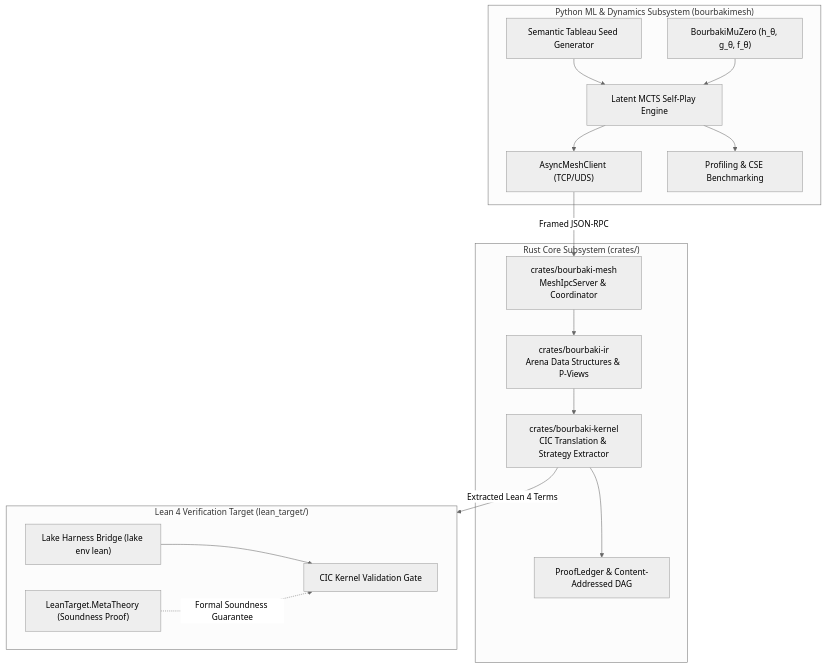
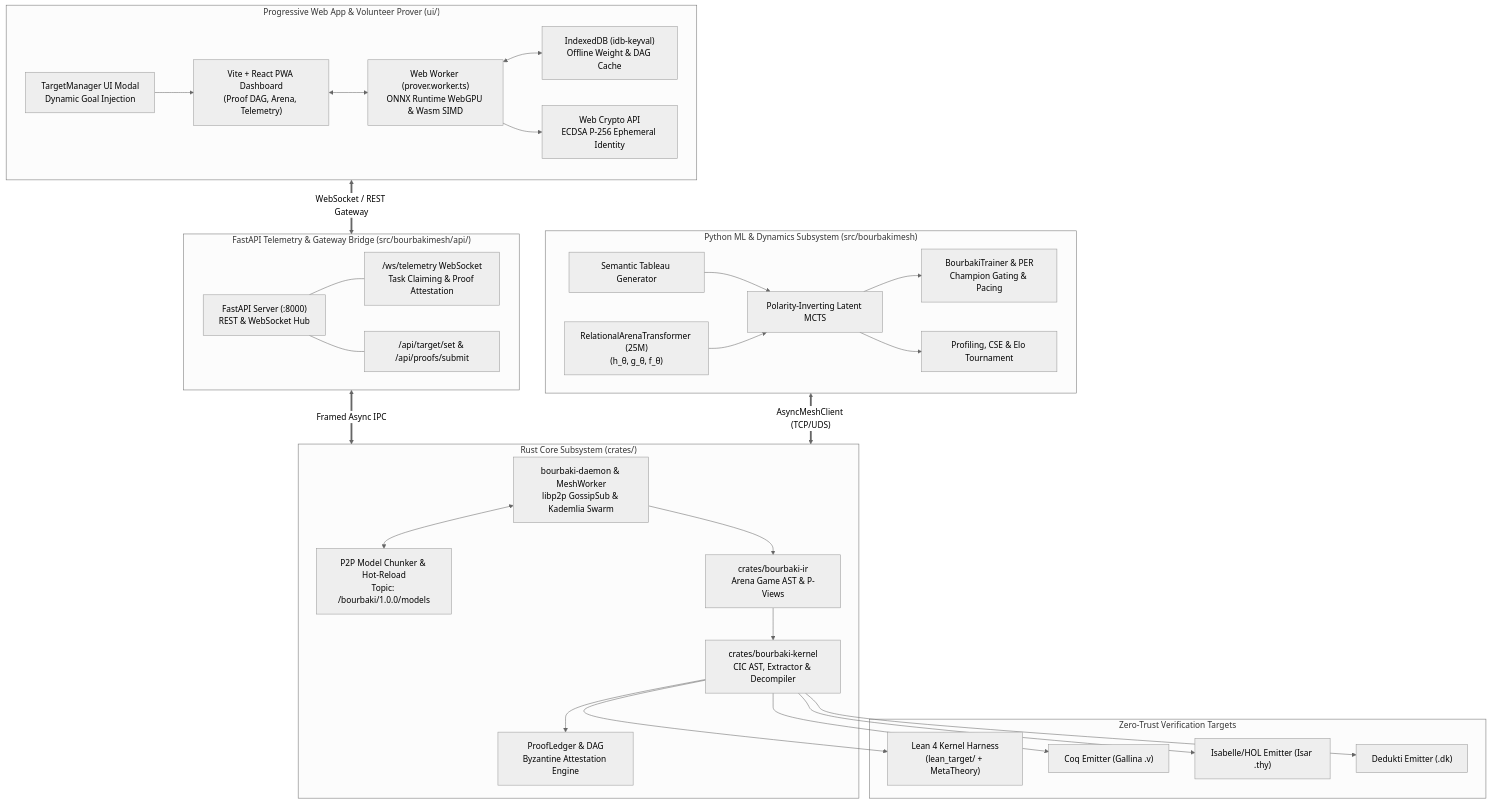
Before and after one commit to tryggth/bourbakimesh: the diagram in README.md, drawn with Mermaid (neutral theme). The commit also changed other lines of this file and 4 other files, not shown here.

````diff
--- a/README.md
+++ b/README.md
@@ -9,38 +17,65 @@
 ```mermaid
 flowchart TD
-    subgraph PythonML ["Python ML & Dynamics Subsystem (bourbakimesh)"]
-        MCTS["Latent MCTS Self-Play Engine"]
-        MuZero["BourbakiMuZero (h_θ, g_θ, f_θ)"]
-        Tableau["Semantic Tableau Seed Generator"]
-        AsyncClient["AsyncMeshClient (TCP/UDS)"]
-        Bench["Profiling & CSE Benchmarking"]
+    subgraph BrowserUI ["Progressive Web App & Volunteer Prover (ui/)"]
+        WebPWA["Vite + React PWA Dashboard<br/>(Proof DAG, Arena, Telemetry)"]
+        WebWorker["Web Worker (prover.worker.ts)<br/>ONNX Runtime WebGPU & Wasm SIMD"]
+        WebCrypto["Web Crypto API<br/>ECDSA P-256 Ephemeral Identity"]
+        IDBCache["IndexedDB (idb-keyval)<br/>Offline Weight & DAG Cache"]
+        TargetModal["TargetManager UI Modal<br/>Dynamic Goal Injection"]
+        
+        WebPWA <--> WebWorker
+        WebWorker <--> IDBCache
+        WebWorker --> WebCrypto
+        TargetModal --> WebPWA
+    end
+
+    subgraph FastAPIGateway ["FastAPI Telemetry & Gateway Bridge (src/bourbakimesh/api/)"]
+        Server["FastAPI Server (:8000)<br/>REST & WebSocket Hub"]
+        WSBridge["/ws/telemetry WebSocket<br/>Task Claiming & Proof Attestation"]
+        RESTAPI["/api/target/set & /api/proofs/submit"]
+        
+        Server --- WSBridge
+        Server --- RESTAPI
+    end
+
+    subgraph PythonML ["Python ML & Dynamics Subsystem (src/bourbakimesh)"]
+        MCTS["Polarity-Inverting Latent MCTS"]
+        MuZero["RelationalArenaTransformer (25M)<br/>(h_θ, g_θ, f_θ)"]
+        Trainer["BourbakiTrainer & PER<br/>Champion Gating & Pacing"]
+        Tableau["Semantic Tableau Generator"]
+        Bench["Profiling, CSE & Elo Tournament"]
         
         Tableau --> MCTS
         MuZero --> MCTS
-        MCTS --> AsyncClient
+        MCTS --> Trainer
         MCTS --> Bench
     end
 
     subgraph RustCore ["Rust Core Subsystem (crates/)"]
-        IPC["crates/bourbaki-mesh<br/>MeshIpcServer & Coordinator"]
-        IR["crates/bourbaki-ir<br/>Arena Data Structures & P-Views"]
-        Kernel["crates/bourbaki-kernel<br/>CIC Translation & Strategy Extractor"]
-        Ledger["ProofLedger & Content-Addressed DAG"]
+        Daemon["bourbaki-daemon & MeshWorker<br/>libp2p GossipSub & Kademlia Swarm"]
+        P2PChunker["P2P Model Chunker & Hot-Reload<br/>Topic: /bourbaki/1.0.0/models"]
+        IR["crates/bourbaki-ir<br/>Arena Game AST & P-Views"]
+        Kernel["crates/bourbaki-kernel<br/>CIC AST, Extractor & Decompiler"]
+        Ledger["ProofLedger & DAG<br/>Byzantine Attestation Engine"]
         
-        IPC --> IR
+        Daemon <--> P2PChunker
+        Daemon --> IR
         IR --> Kernel
         Kernel --> Ledger
     end
 
-    subgraph LeanTarget ["Lean 4 Verification Target (lean_target/)"]
-        Lake["Lake Harness Bridge (lake env lean)"]
-        KernelCheck["CIC Kernel Validation Gate"]
-        MetaTheory["LeanTarget.MetaTheory (Soundness Proof)"]
-        
-        Lake --> KernelCheck
-        MetaTheory -. "Formal Soundness Guarantee" .-> KernelCheck
+    subgraph MultiTargetVerif ["Zero-Trust Verification Targets"]
+        LeanTarget["Lean 4 Kernel Harness<br/>(lean_target/ + MetaTheory)"]
+        CoqTarget["Coq Emitter (Gallina .v)"]
+        IsabelleTarget["Isabelle/HOL Emitter (Isar .thy)"]
+        DeduktiTarget["Dedukti Emitter (.dk)"]
     end
 
-    AsyncClient -- "Framed JSON-RPC" --> IPC
-    Kernel -- "Extracted Lean 4 Terms" --> LeanTarget
+    BrowserUI <== "WebSocket / REST Gateway" ==> FastAPIGateway
+    FastAPIGateway <== "Framed Async IPC" ==> RustCore
+    PythonML <== "AsyncMeshClient (TCP/UDS)" ==> RustCore
+    Kernel --> LeanTarget
+    Kernel --> CoqTarget
+    Kernel --> IsabelleTarget
+    Kernel --> DeduktiTarget
 ```
````
